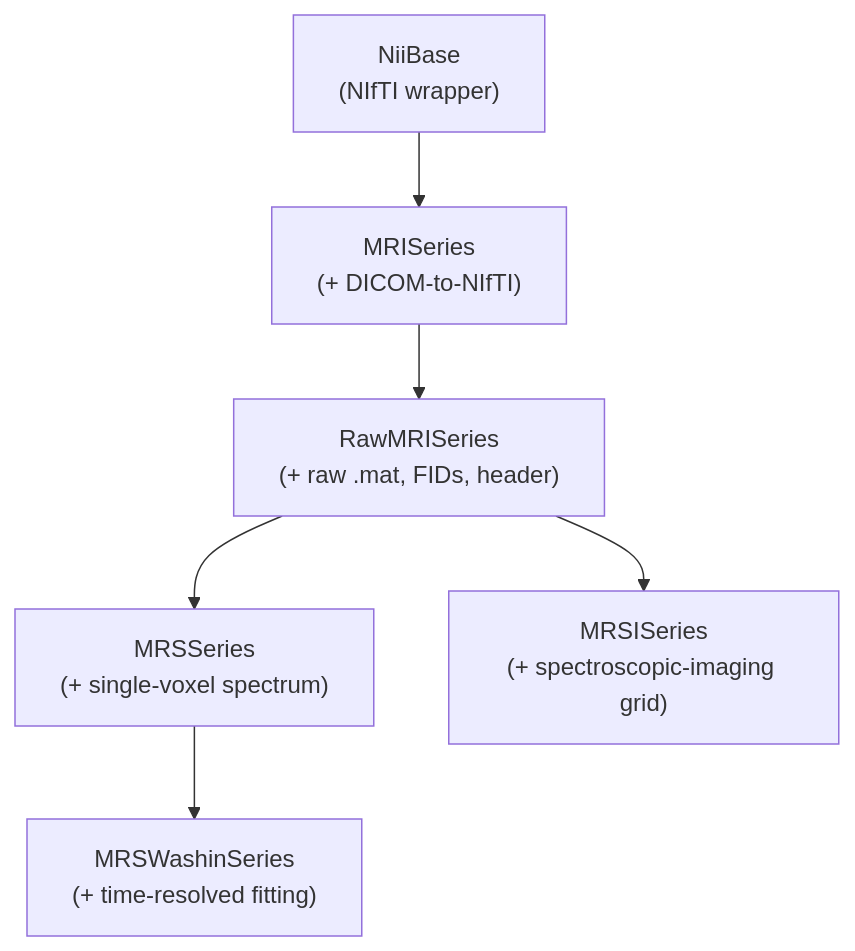
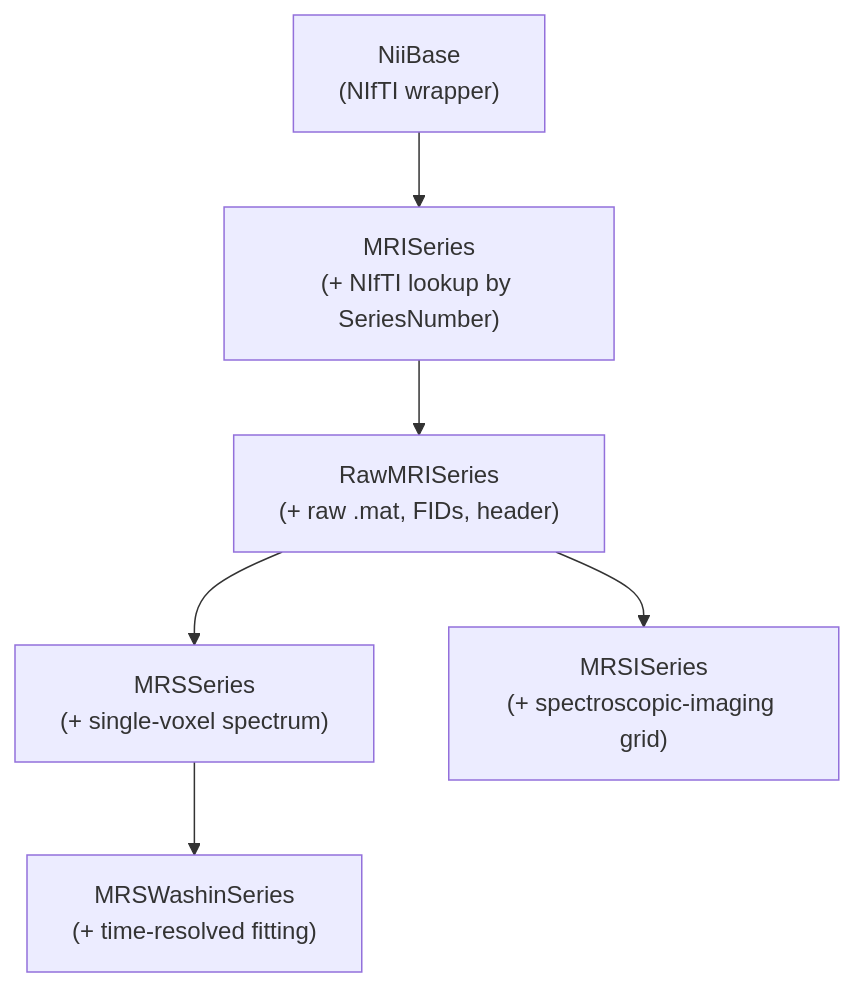
Before and after one commit to bastigw/mnutils: the diagram in docs/data-model/geseries.md, drawn with Mermaid. The commit also changed other lines of this file and 16 other files, not shown here.

First line of the commit message:
feat!: read NIfTI only, identify series from sidecars and .mat headers (#67)

````diff
--- a/docs/data-model/geseries.md
+++ b/docs/data-model/geseries.md
@@ -31,9 +31,9 @@
 ```{mermaid}
 %%{init: {'flowchart': {'htmlLabels': false}}}%%
 flowchart TD
-    N["NiiBase<br>(NIfTI wrapper)"] --> M["MRISeries<br>(+ DICOM-to-NIfTI)"]
+    N["NiiBase<br>(NIfTI wrapper)"] --> M["MRISeries<br>(+ NIfTI lookup by SeriesNumber)"]
     M --> R["RawMRISeries<br>(+ raw .mat, FIDs, header)"]
     R --> S["MRSSeries<br>(+ single-voxel spectrum)"]
     R --> I["MRSISeries<br>(+ spectroscopic-imaging grid)"]
     S --> W["MRSWashinSeries<br>(+ time-resolved fitting)"]
 ```
````
